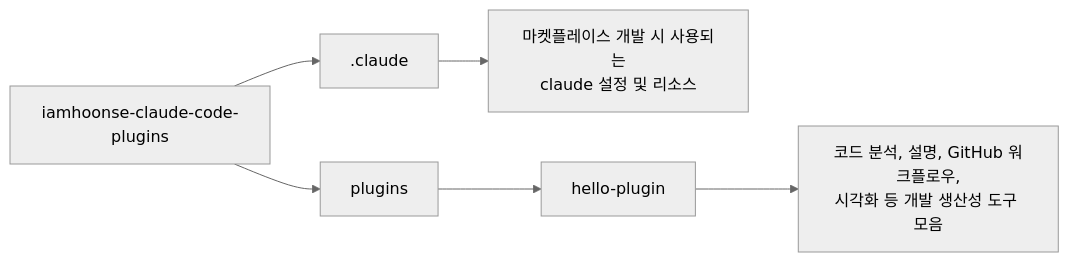
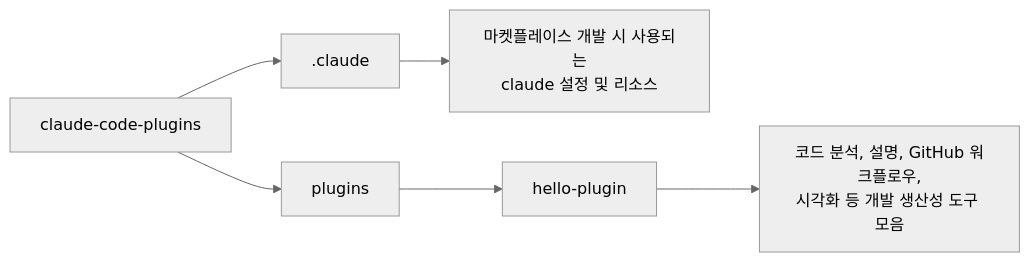
The diagram in README.md (iamhoonse-dev/hoonse-claude-plugins), drawn with Mermaid (neutral theme) before and after one commit. The commit also changed other lines of this file and 7 other files, not shown here.

````diff
--- a/README.md
+++ b/README.md
@@ -7,8 +7,8 @@
 ```mermaid
 graph LR
-    A[iamhoonse-claude-code-plugins] --> B[.claude]
+    A[claude-code-plugins] --> B[.claude]
     B --> B1[마켓플레이스 개발 시 사용되는<br/>claude 설정 및 리소스]
     A --> C[plugins]
     C --> D[hello-plugin]
     D --> D1[코드 분석, 설명, GitHub 워크플로우,<br/>시각화 등 개발 생산성 도구 모음]
 ```
````
